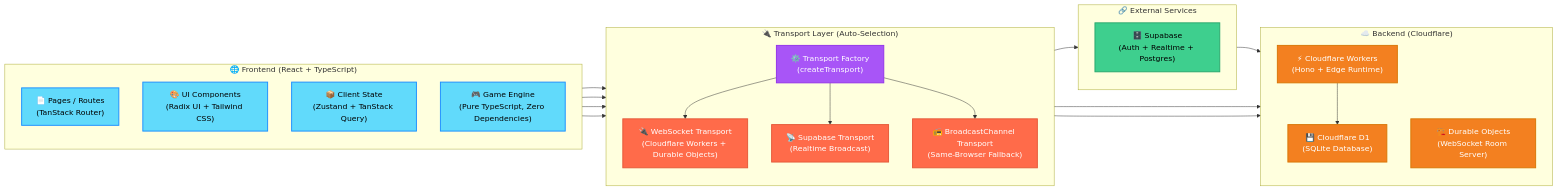
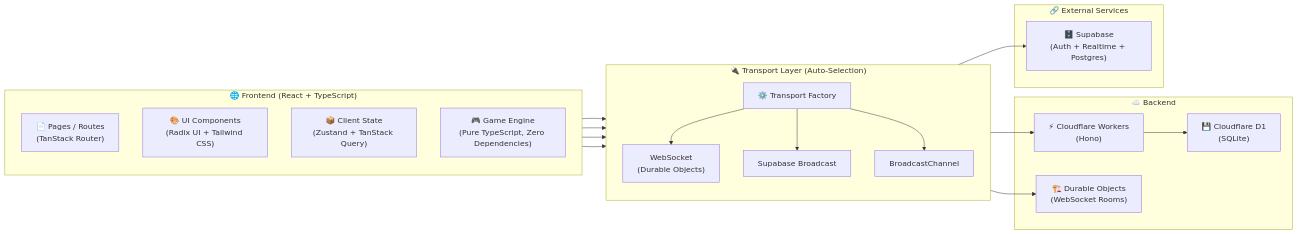
One commit to itzbyteglitch/WildCards changed the diagram in README.md. Above: the diagram before and after it, drawn with Mermaid. The commit also changed other lines of this file, not shown here.

````diff
--- a/README.md
+++ b/README.md
@@ -78,54 +94,40 @@
 ```mermaid
 flowchart LR
     subgraph Frontend["🌐 Frontend (React + TypeScript)"]
         direction TB
         Routes["📄 Pages / Routes<br/>(TanStack Router)"]
         UIKit["🎨 UI Components<br/>(Radix UI + Tailwind CSS)"]
         State["📦 Client State<br/>(Zustand + TanStack Query)"]
         Engine["🎮 Game Engine<br/>(Pure TypeScript, Zero Dependencies)"]
     end
 
     subgraph Transport["🔌 Transport Layer (Auto-Selection)"]
         direction TB
-        TransportFactory["⚙️ Transport Factory<br/>(createTransport)"]
-        WS["🔌 WebSocket Transport<br/>(Cloudflare Workers + Durable Objects)"]
-        SupabaseTransport["📡 Supabase Transport<br/>(Realtime Broadcast)"]
-        BroadcastTransport["📻 BroadcastChannel Transport<br/>(Same-Browser Fallback)"]
+        Factory["⚙️ Transport Factory"]
+        WS["WebSocket<br/>(Durable Objects)"]
+        SupabaseTransport["Supabase Broadcast"]
+        BroadcastTransport["BroadcastChannel"]
     end
 
-    subgraph Backend["☁️ Backend (Cloudflare)"]
-        direction TB
-        Workers["⚡ Cloudflare Workers<br/>(Hono + Edge Runtime)"]
-        DurableObjects["🏗️ Durable Objects<br/>(WebSocket Room Server)"]
-        D1["💾 Cloudflare D1<br/>(SQLite Database)"]
+    subgraph Backend["☁️ Backend"]
+        Workers["⚡ Cloudflare Workers<br/>(Hono)"]
+        DurableObjects["🏗️ Durable Objects<br/>(WebSocket Rooms)"]
+        D1["💾 Cloudflare D1<br/>(SQLite)"]
     end
 
     subgraph External["🔗 External Services"]
-        direction TB
         Supabase["🗄️ Supabase<br/>(Auth + Realtime + Postgres)"]
     end
 
-    Routes --> TransportFactory
-    UIKit --> TransportFactory
-    State --> TransportFactory
-    Engine --> TransportFactory
-    TransportFactory --> WS
-    TransportFactory --> SupabaseTransport
-    TransportFactory --> BroadcastTransport
+    Routes --> Factory
+    UIKit --> Factory
+    State --> Factory
+    Engine --> Factory
+    Factory --> WS
+    Factory --> SupabaseTransport
+    Factory --> BroadcastTransport
     WS --> Workers
     WS --> DurableObjects
     Workers --> D1
     SupabaseTransport --> Supabase
-    Supabase --> D1
-
-    classDef frontend fill:#61DAFB,color:#000,stroke:#1E90FF,stroke-width:2px;
-    classDef transport fill:#FF6B4A,color:#fff,stroke:#E55A3A,stroke-width:2px;
-    classDef backend fill:#F38020,color:#fff,stroke:#D97706,stroke-width:2px;
-    classDef external fill:#3ECF8E,color:#000,stroke:#2AA86E,stroke-width:2px;
-    classDef factory fill:#A855F7,color:#fff,stroke:#9333EA,stroke-width:2px;
-    class Routes,UIKit,State,Engine frontend;
-    class TransportFactory factory;
-    class WS,SupabaseTransport,BroadcastTransport transport;
-    class Workers,DurableObjects,D1 backend;
-    class Supabase external;
 ```
````
